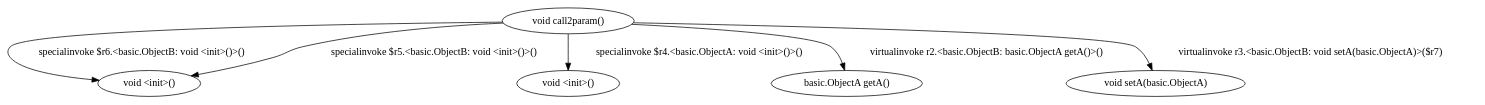
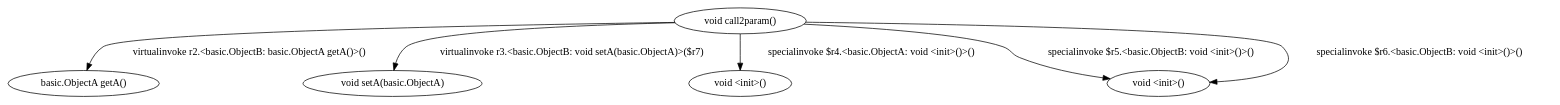
Before and after one commit to SeanCoek/zString: the diagram in dot/<assignment.BasicAssignment: void call2param()>.dot, drawn with Graphviz. The commit also changed other lines of this file and 351 other files, not shown here.

```diff
--- a/dot/<assignment.BasicAssignment: void call2param()>.dot
+++ b/dot/<assignment.BasicAssignment: void call2param()>.dot
@@ -1,12 +1,12 @@
 digraph g {
-3[label="void <init>()"]
+2[label="basic.ObjectA getA()"]
+1[label="void setA(basic.ObjectA)"]
 4[label="void <init>()"]
 0[label="void call2param()"]
-2[label="basic.ObjectA getA()"]
-1[label="void setA(basic.ObjectA)"]
+3[label="void <init>()"]
 0->1[label="virtualinvoke r3.<basic.ObjectB: void setA(basic.ObjectA)>($r7)"]
 0->2[label="virtualinvoke r2.<basic.ObjectB: basic.ObjectA getA()>()"]
+0->3[label="specialinvoke $r5.<basic.ObjectB: void <init>()>()"]
 0->3[label="specialinvoke $r6.<basic.ObjectB: void <init>()>()"]
-0->3[label="specialinvoke $r5.<basic.ObjectB: void <init>()>()"]
 0->4[label="specialinvoke $r4.<basic.ObjectA: void <init>()>()"]
 }
```
